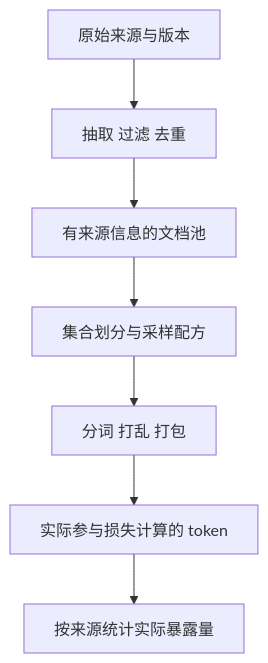
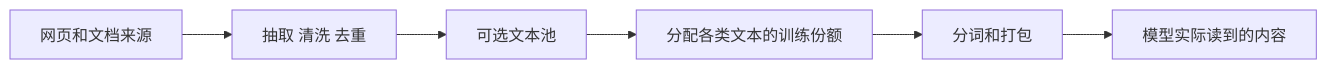
The diagram in src/content/posts/2026-10-15-llm-training-data-01-map.md (meiluosi/meiluosi.github.io), drawn with Mermaid before and after one commit. The commit also changed other lines of this file and 116 other files, not shown here.

Commit message:
docs: update roadmap and LLM training research series notes

````diff
--- a/src/content/posts/2026-10-15-llm-training-data-01-map.md
+++ b/src/content/posts/2026-10-15-llm-training-data-01-map.md
@@ -45,10 +56,9 @@
 ```mermaid
 %%{init: {"htmlLabels": false}}%%
-flowchart TD
-    A[原始来源与版本] --> B[抽取 过滤 去重]
-    B --> C[有来源信息的文档池]
-    C --> D[集合划分与采样配方]
-    D --> E[分词 打乱 打包]
-    E --> F[实际参与损失计算的 token]
-    F --> G[按来源统计实际暴露量]
+flowchart LR
+    A[网页和文档来源] --> B[抽取 清洗 去重]
+    B --> C[可选文本池]
+    C --> D[分配各类文本的训练份额]
+    D --> E[分词和打包]
+    E --> F[模型实际读到的内容]
 ```
````
